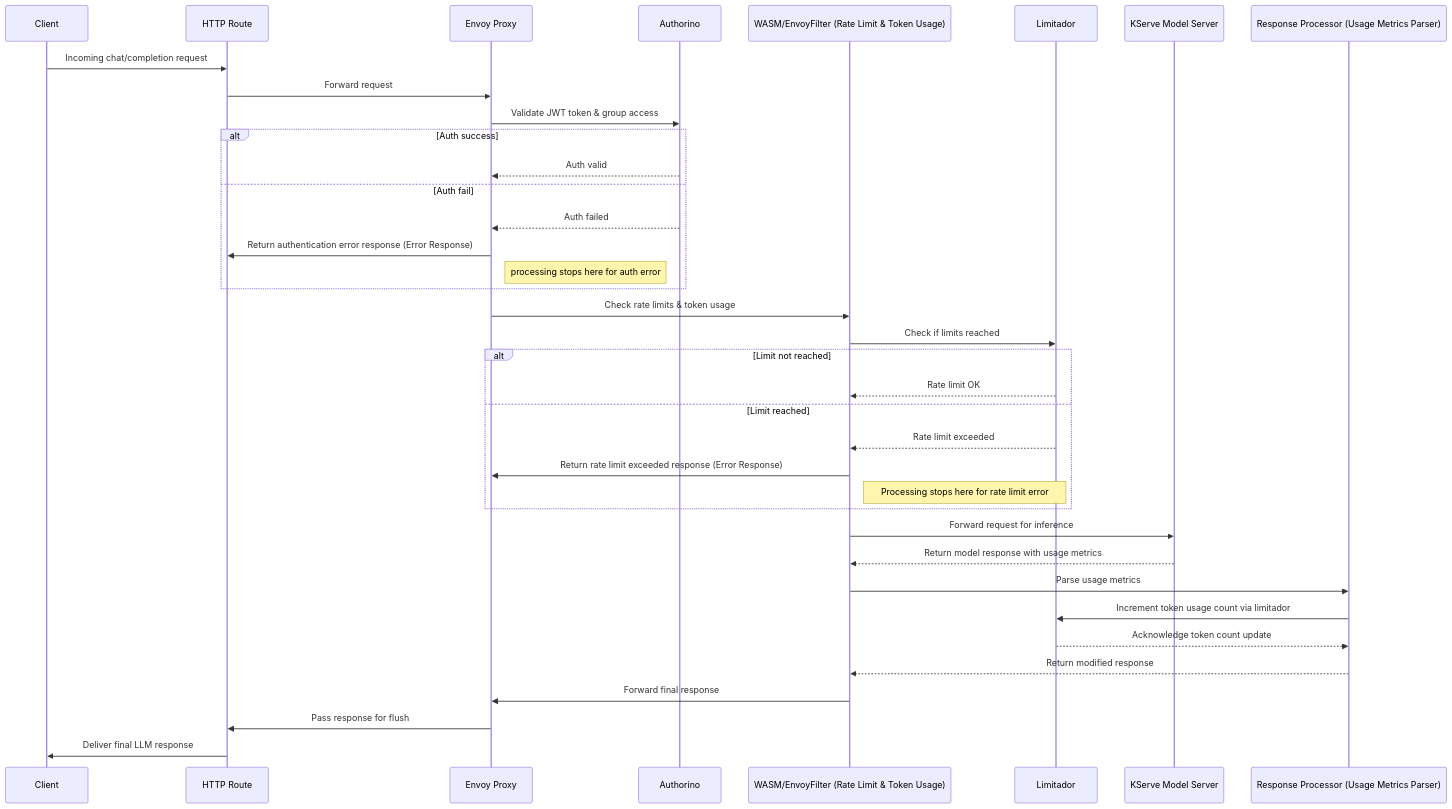
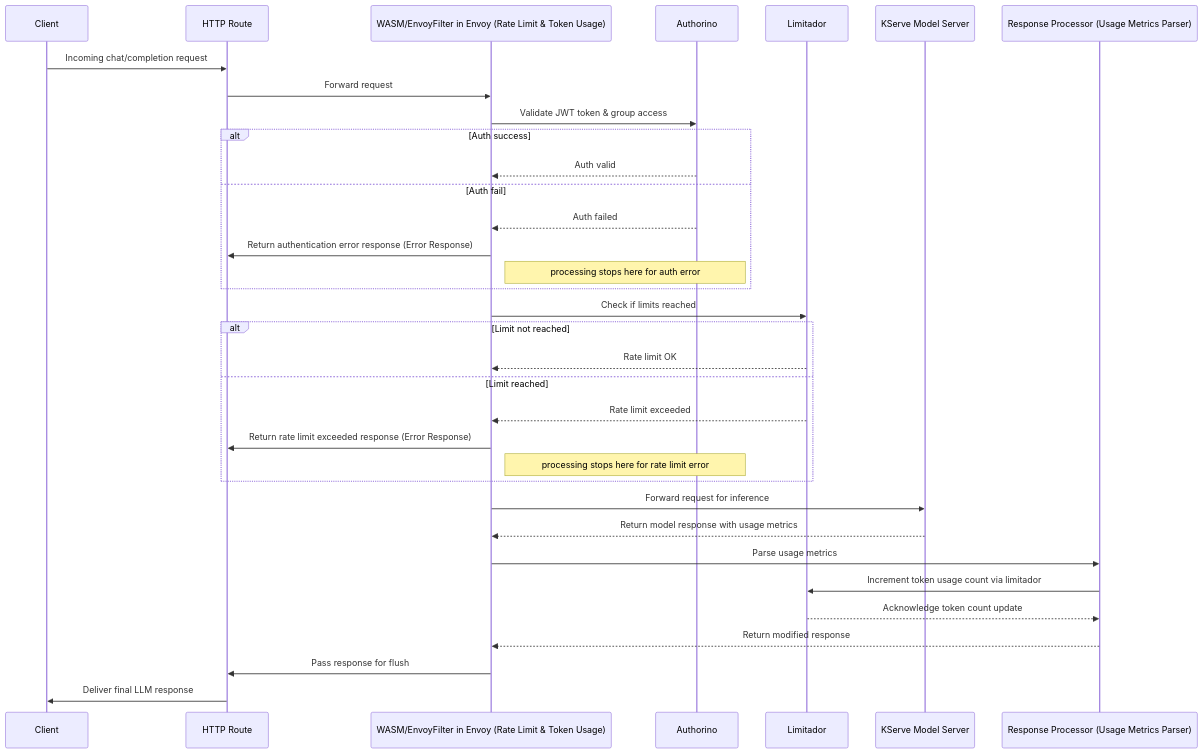
One commit to Kuadrant/architecture changed the first of 2 diagrams in rfcs/0013-ai-policies.md. Above: the diagram before and after it, drawn with Mermaid. The commit also changed other lines of this file, not shown here.

Commit message:
sequence update: E->WL

````diff
--- a/rfcs/0013-ai-policies.md
+++ b/rfcs/0013-ai-policies.md
@@ -206,54 +206,51 @@
 ```mermaid
 sequenceDiagram
   participant C as Client
   participant HR as HTTP Route
-  participant E as Envoy Proxy
+  participant WL as WASM/EnvoyFilter in Envoy (Rate Limit & Token Usage)
   participant A as Authorino
-  participant WL as WASM/EnvoyFilter (Rate Limit & Token Usage)
   participant L as Limitador
   participant MS as KServe Model Server
   participant RPM as Response Processor (Usage Metrics Parser)
 
   %% initial req
   C->>HR: Incoming chat/completion request
-  HR->>E: Forward request
+  HR->>WL: Forward request
 
   %% JWT authentication check via Authorino
-  E->>A: Validate JWT token & group access
+  WL->>A: Validate JWT token & group access
   alt Auth success
-    A-->>E: Auth valid
+    A-->>WL: Auth valid
   else Auth fail
-    A-->>E: Auth failed
-    E->>HR: Return authentication error response (Error Response)
-    note right of E: processing stops here for auth error
+    A-->>WL: Auth failed
+    WL->>HR: Return authentication error response (Error Response)
+    note right of WL: processing stops here for auth error
   end
 
   %% pre-model-server token rate limiting check
-  E->>WL: Check rate limits & token usage
   WL->>L: Check if limits reached
   alt Limit not reached
     L-->>WL: Rate limit OK
   else Limit reached
     L-->>WL: Rate limit exceeded
-    WL->>E: Return rate limit exceeded response (Error Response)
-    note right of WL: Processing stops here for rate limit error
+    WL->>HR: Return rate limit exceeded response (Error Response)
+    note right of WL: processing stops here for rate limit error
   end
 
   %% forward request for inference if no early errors above
   WL->>MS: Forward request for inference
   MS-->>WL: Return model response with usage metrics
 
   %% process response: parse usage metrics from model response
   WL->>RPM: Parse usage metrics
 
   %% update token usage count via Limitador
   RPM->>L: Increment token usage count via limitador
   L-->>RPM: Acknowledge token count update
 
   %% final inference response: deliver back to client
   RPM-->>WL: Return modified response
-  WL->>E: Forward final response
-  E->>HR: Pass response for flush
+  WL->>HR: Pass response for flush
   HR->>C: Deliver final LLM response
 
 ```
````
